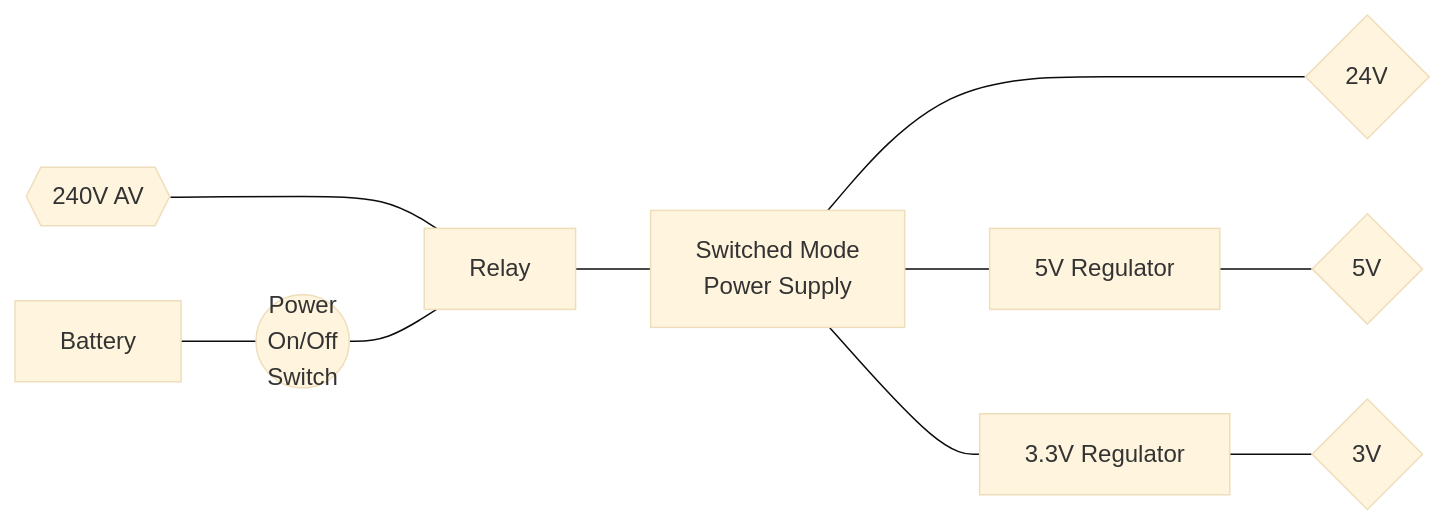
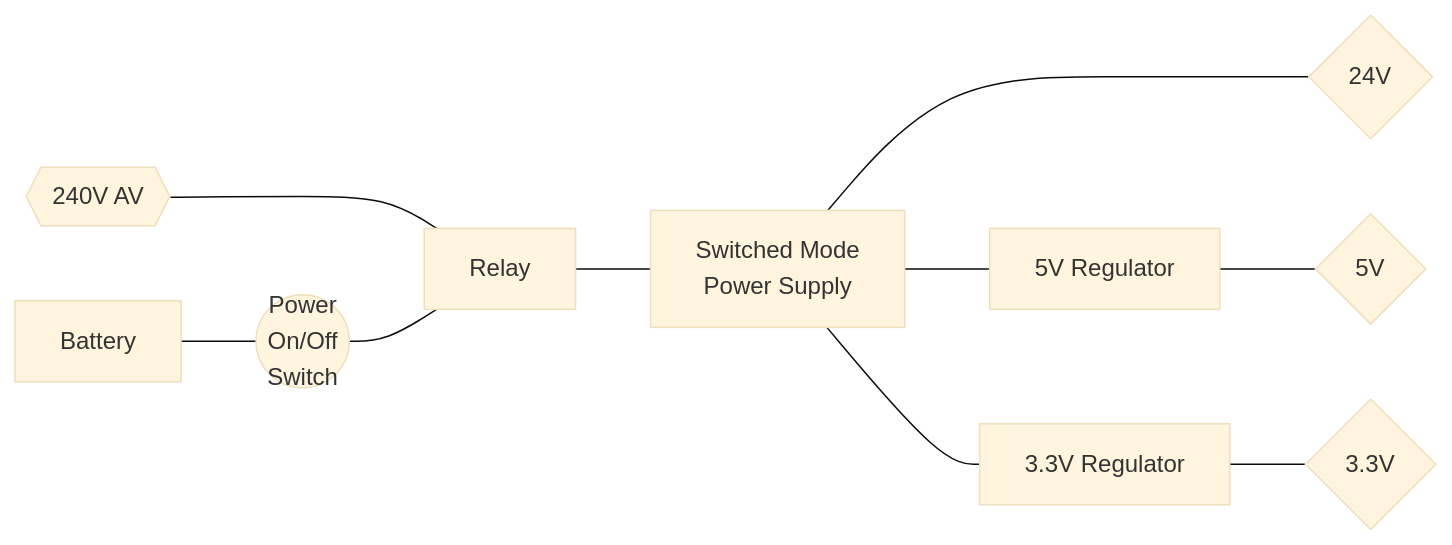
One commit to adoble/modular-audio changed the second of 3 diagrams in README.md. Above: the diagram before and after it, drawn with Mermaid (base theme). The commit also changed other lines of this file, not shown here.

Commit message:
Added updated system diagram using mermaid

````diff
--- a/README.md
+++ b/README.md
@@ -55,17 +55,17 @@
 ```mermaid
     graph LR;
 
     net{{240V AV}};
     net ---- Relay;
     Relay --- smps[Switched Mode <br> Power Supply];
     smps ---- pwr_24v{24V};
     smps --- reg_5v[5V Regulator];
     smps --- reg_3v3[3.3V Regulator];
     reg_5v --- pwr_5v{5V};
-    reg_3v3 --- pwr_3v3{3V};
+    reg_3v3 --- pwr_3v3{3.3V};
 
     Battery --- pwr_on_off(("Power <br> On/Off <br> Switch")) --- Relay; 
 
 
    
 ```
````
